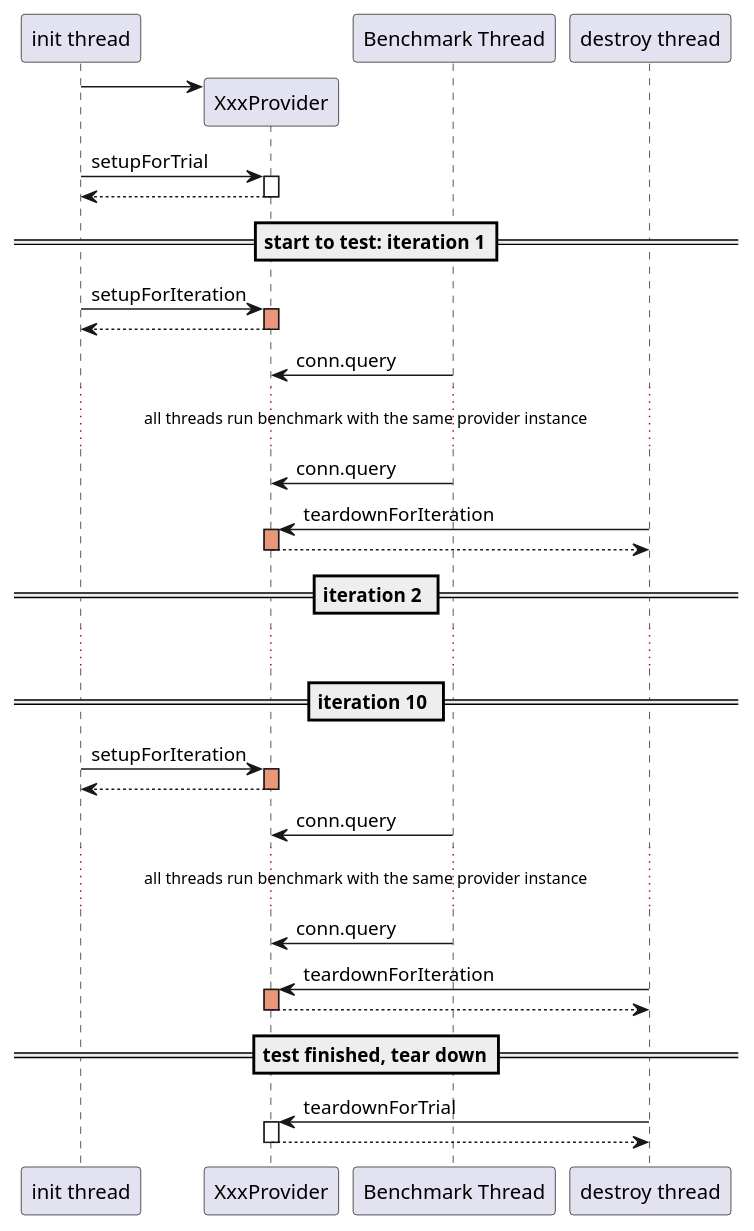
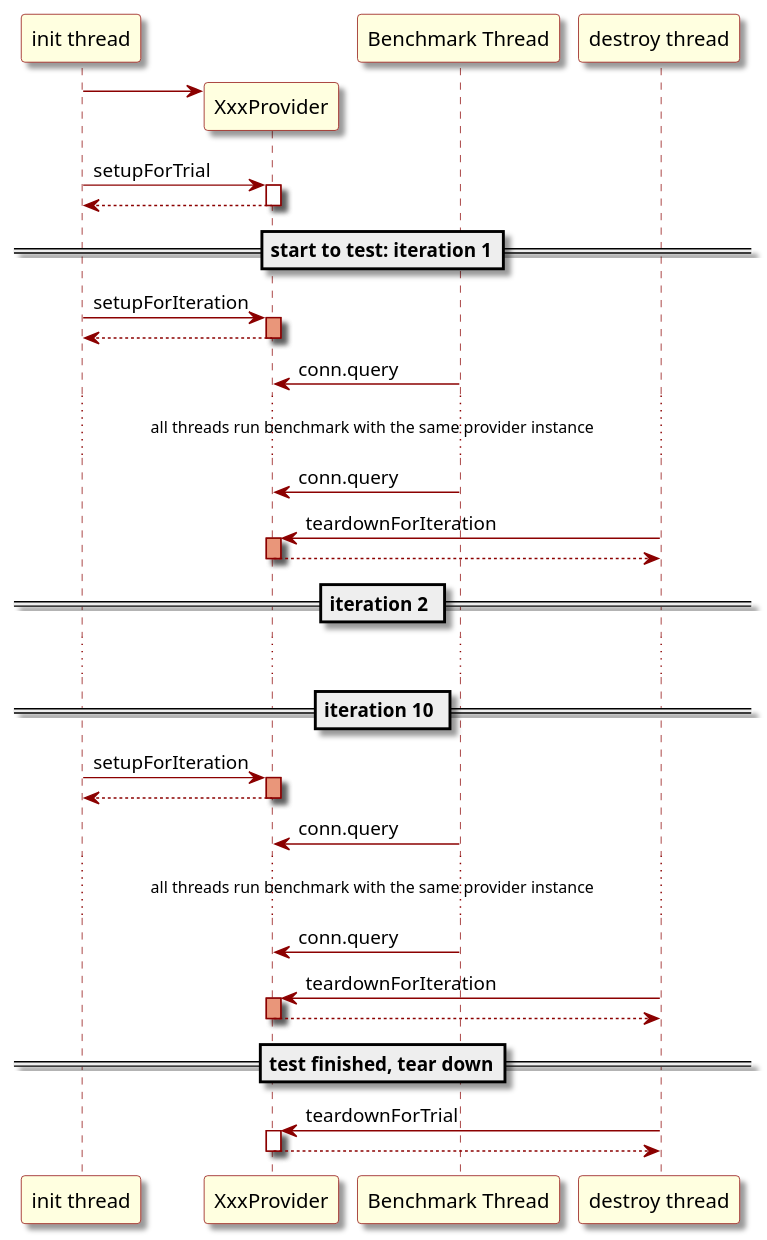
Before and after one commit to xnslong/blog: the diagram in tools/java/JMH-benchmarking.md, drawn with PlantUML.

Commit message:
更新UML配色

````diff
--- a/tools/java/JMH-benchmarking.md
+++ b/tools/java/JMH-benchmarking.md
@@ -463,46 +463,56 @@
 ```plantuml
+skinparam shadowing true
+skinparam monochrome false
+skinparam sequenceArrowColor darkRed
+skinparam sequenceBorderColor darkRed
+skinparam sequenceLifeLineBorderColor darkRed
+skinparam sequenceParticipantBorderColor darkRed
+skinparam sequenceParticipantBackgroundColor lightyellow
+skinparam sequenceBoxLineColor darkRed
+
+
 participant "init thread" as init
 create "XxxProvider" as provider
 init -> provider
 init -> provider: setupForTrial
 activate provider
 init <-- provider
 deactivate provider
 
 ==start to test: iteration 1==
 init -> provider: setupForIteration
 activate provider #DarkSalmon
 init <-- provider
 deactivate provider
 
 participant "Benchmark Thread" as t1
 t1 -> provider: conn.query
 ...all threads run benchmark with the same provider instance...
 t1 -> provider: conn.query
 
 "destroy thread" as destroyer -> provider: teardownForIteration
 activate provider #DarkSalmon
 destroyer <-- provider
 deactivate provider
 == iteration 2 ==
 ...
 == iteration 10 ==
 init -> provider: setupForIteration
 activate provider #DarkSalmon
 init <-- provider
 deactivate provider
 
 t1 -> provider: conn.query
 ...all threads run benchmark with the same provider instance...
 t1 -> provider: conn.query
 
 destroyer -> provider: teardownForIteration
 activate provider #DarkSalmon
 destroyer <-- provider
 deactivate provider
 ==test finished, tear down==
 destroyer -> provider: teardownForTrial
 activate provider
 destroyer <-- provider
 deactivate provider
 ```
````
